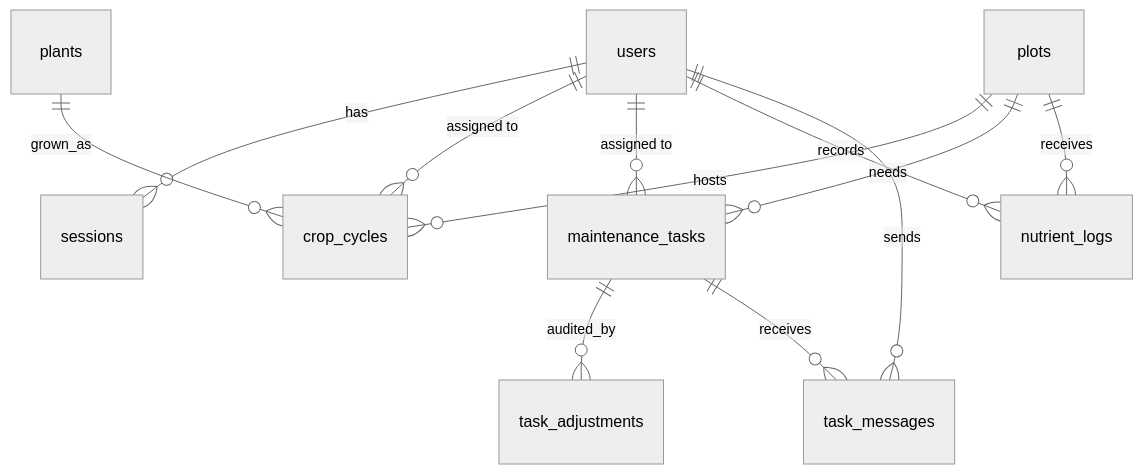
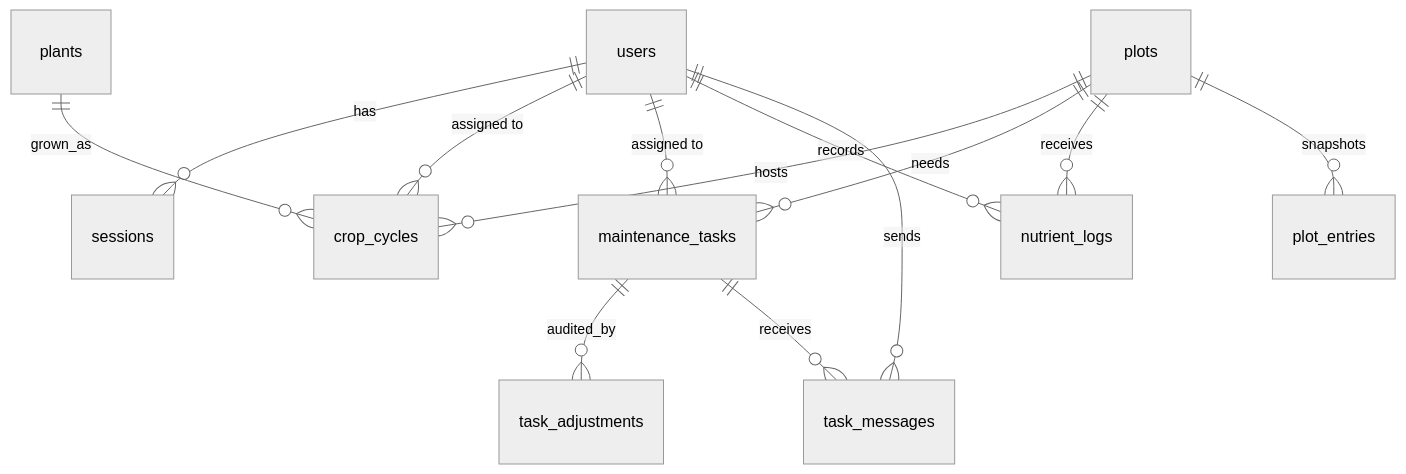
One commit to Deuizxc/Botaniq changed the second of 2 diagrams in README.md. Above: the diagram before and after it, drawn with Mermaid (neutral theme). The commit also changed other lines of this file, not shown here.

````diff
--- a/README.md
+++ b/README.md
@@ -162,14 +190,15 @@
 ```mermaid
 erDiagram
     users ||--o{ sessions : has
     users ||--o{ crop_cycles : "assigned to"
     users ||--o{ maintenance_tasks : "assigned to"
     users ||--o{ nutrient_logs : records
     plants ||--o{ crop_cycles : grown_as
     plots ||--o{ crop_cycles : hosts
     plots ||--o{ maintenance_tasks : needs
     plots ||--o{ nutrient_logs : receives
+    plots ||--o{ plot_entries : snapshots
     maintenance_tasks ||--o{ task_adjustments : audited_by
     maintenance_tasks ||--o{ task_messages : receives
     users ||--o{ task_messages : sends
 ```
````
